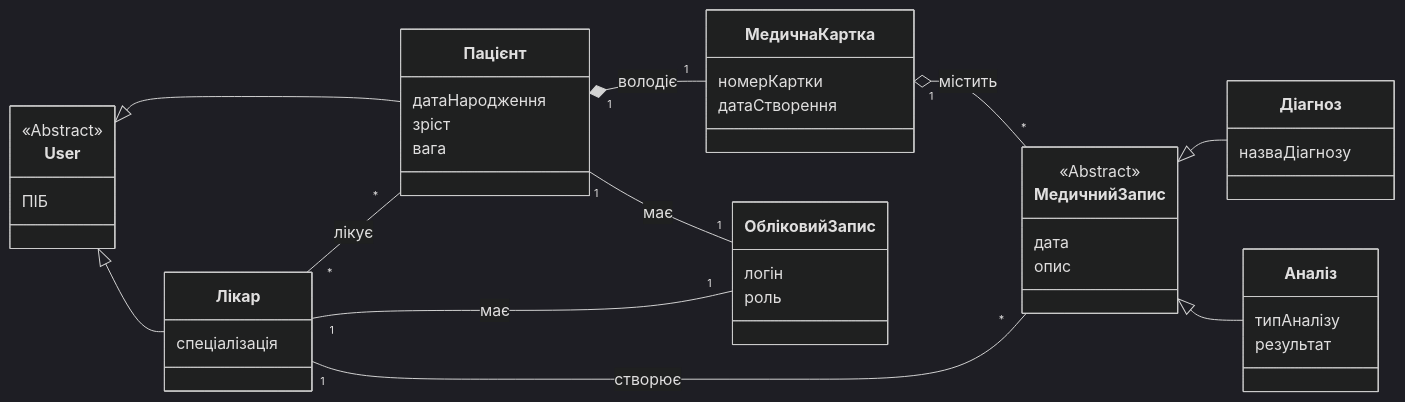
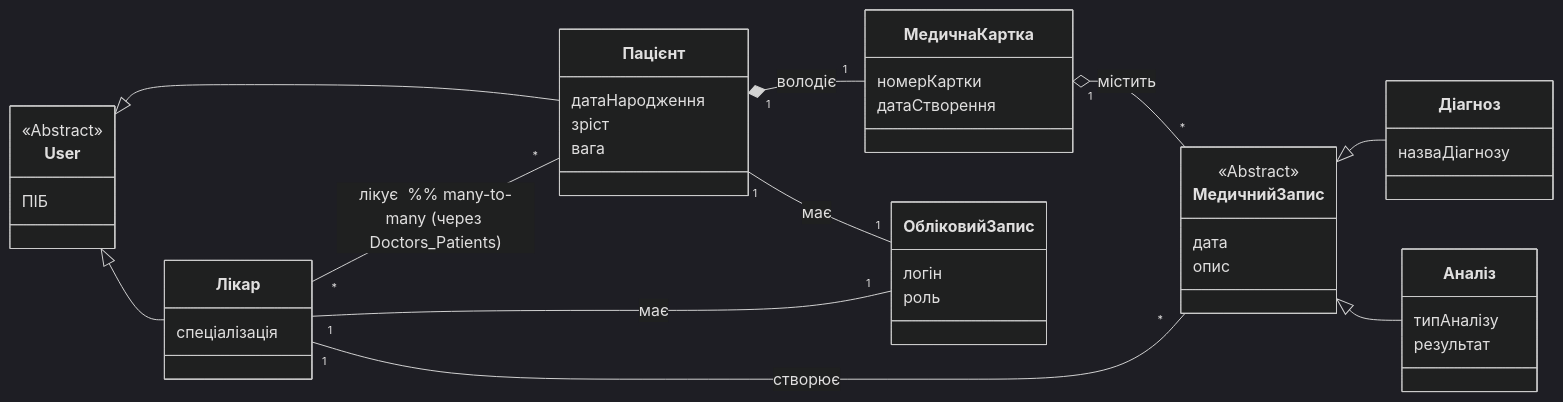
One commit to maksimsq/test-sw changed the diagram in DB-CW-3/README.md. Above: the diagram before and after it, drawn with Mermaid (dark theme).

````diff
--- a/DB-CW-3/README.md
+++ b/DB-CW-3/README.md
@@ -1,54 +1,54 @@
 ```mermaid
 classDiagram
     direction LR
 
     class User {
         <<Abstract>>
         ПІБ
     }
     class Пацієнт {
         датаНародження
         зріст
         вага
     }
     class Лікар {
         спеціалізація
     }
     
     User <|-- Пацієнт
     User <|-- Лікар
 
     class МедичнаКартка {
         номерКартки
         датаСтворення
     }
     class МедичнийЗапис {
         <<Abstract>>
         дата
         опис
     }
     class Діагноз {
         назваДіагнозу
     }
     class Аналіз {
         типАналізу
         результат
     }
 
     МедичнийЗапис <|-- Діагноз
     МедичнийЗапис <|-- Аналіз
 
     class ОбліковийЗапис {
         логін
         роль
     }
 
-    %% Зв'язки
+    %% Зв'язки (кардинальності)
     Пацієнт "1" *-- "1" МедичнаКартка : володіє
     Пацієнт "1" -- "1" ОбліковийЗапис : має
     Лікар "1" -- "1" ОбліковийЗапис : має
 
     МедичнаКартка "1" o-- "*" МедичнийЗапис : містить
     Лікар "1" -- "*" МедичнийЗапис : створює
-    Лікар "*" -- "*" Пацієнт : лікує
+    Лікар "*" -- "*" Пацієнт : лікує  %% many-to-many (через Doctors_Patients)
 ```
````
